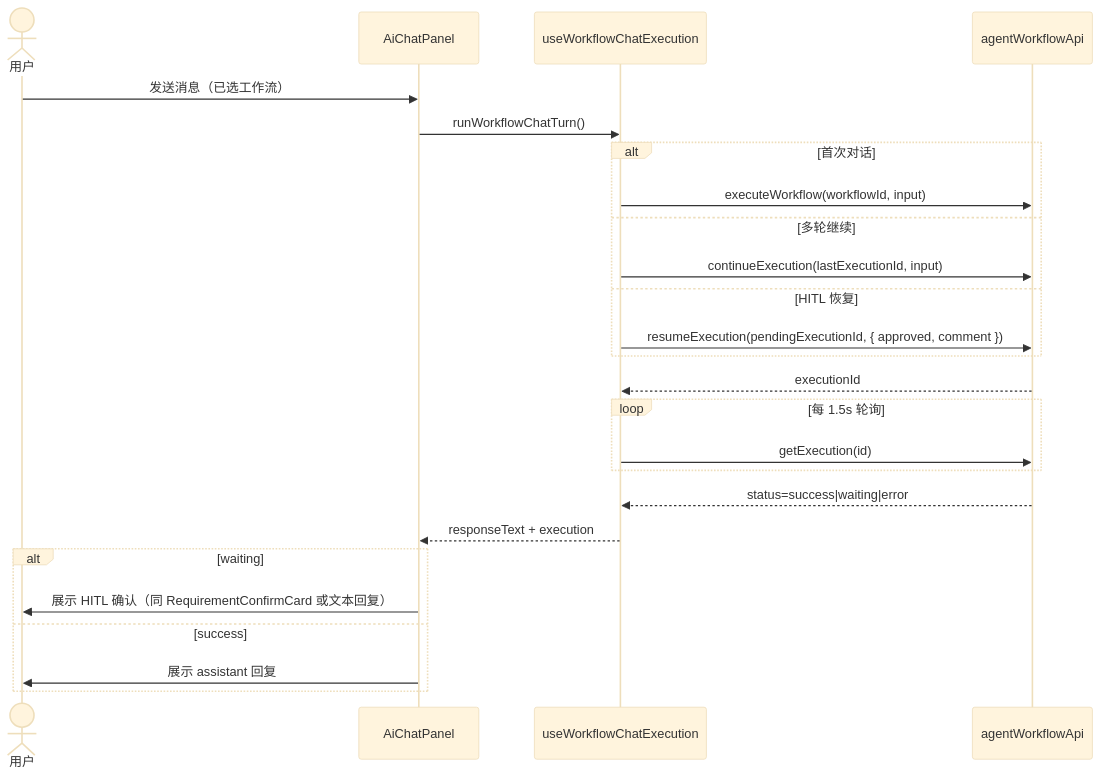
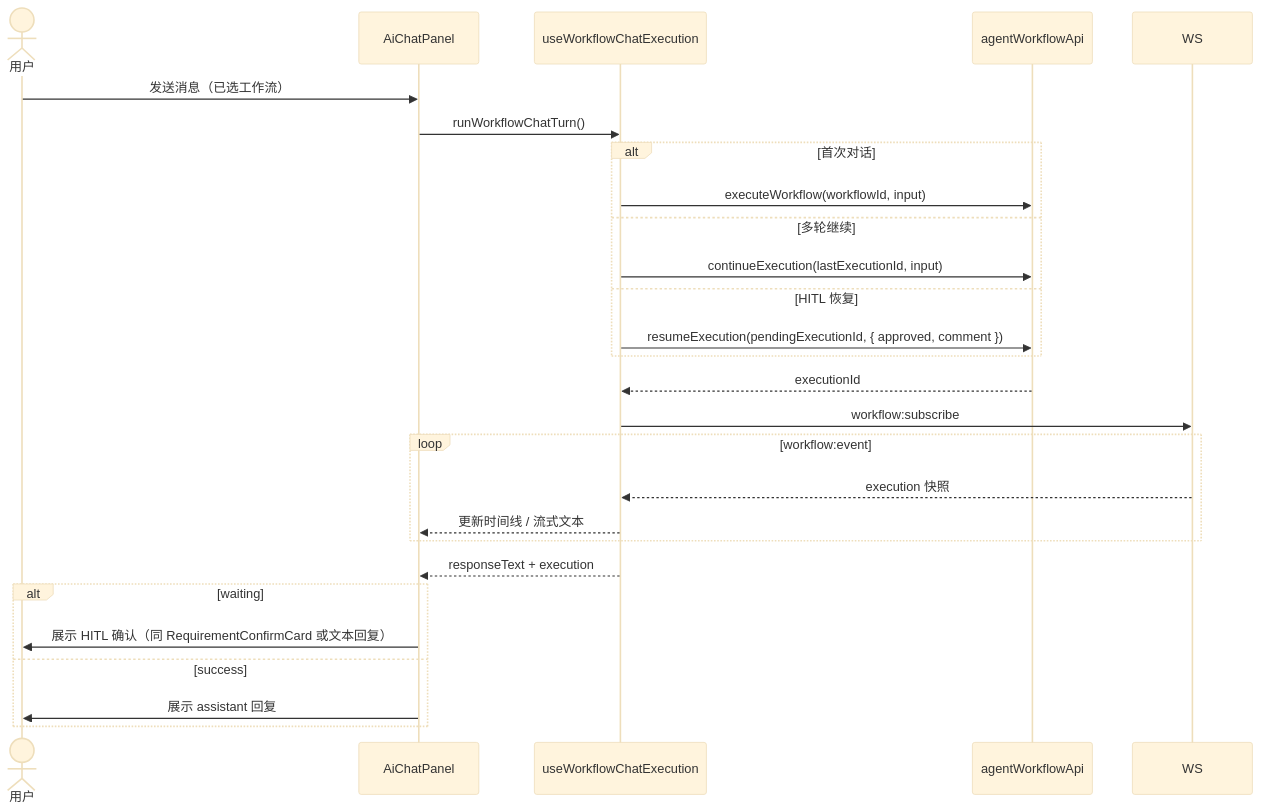
One commit to nan1010082085/ai-platform changed the sixth of 11 diagrams in docs/design/chat.md. Above: the diagram before and after it, drawn with Mermaid (base theme). The commit also changed other lines of this file and 85 other files, not shown here.

````diff
--- a/docs/design/chat.md
+++ b/docs/design/chat.md
@@ -179,32 +179,33 @@
 ```mermaid
 sequenceDiagram
   actor User as 用户
   participant UI as AiChatPanel
   participant Hook as useWorkflowChatExecution
   participant API as agentWorkflowApi
 
   User->>UI: 发送消息（已选工作流）
   UI->>Hook: runWorkflowChatTurn()
 
   alt 首次对话
     Hook->>API: executeWorkflow(workflowId, input)
   else 多轮继续
     Hook->>API: continueExecution(lastExecutionId, input)
   else HITL 恢复
     Hook->>API: resumeExecution(pendingExecutionId, { approved, comment })
   end
 
   API-->>Hook: executionId
-  loop 每 1.5s 轮询
-    Hook->>API: getExecution(id)
+  Hook->>WS: workflow:subscribe
+  loop workflow:event
+    WS-->>Hook: execution 快照
+    Hook-->>UI: 更新时间线 / 流式文本
   end
 
-  API-->>Hook: status=success|waiting|error
   Hook-->>UI: responseText + execution
 
   alt waiting
     UI->>User: 展示 HITL 确认（同 RequirementConfirmCard 或文本回复）
   else success
     UI->>User: 展示 assistant 回复
   end
 ```
````
